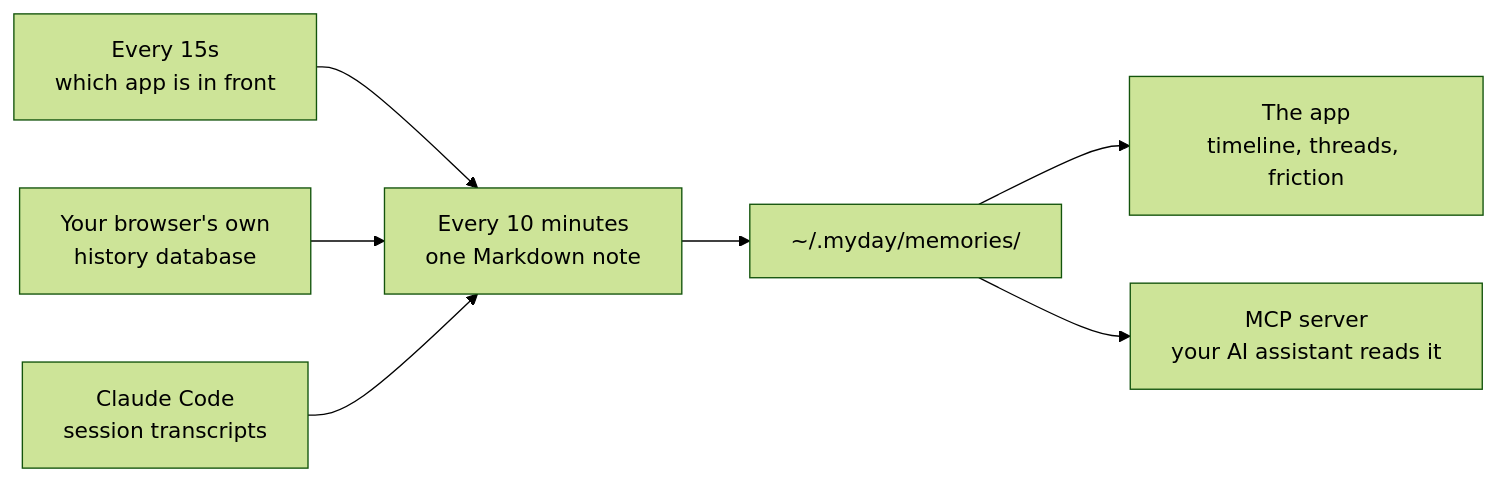
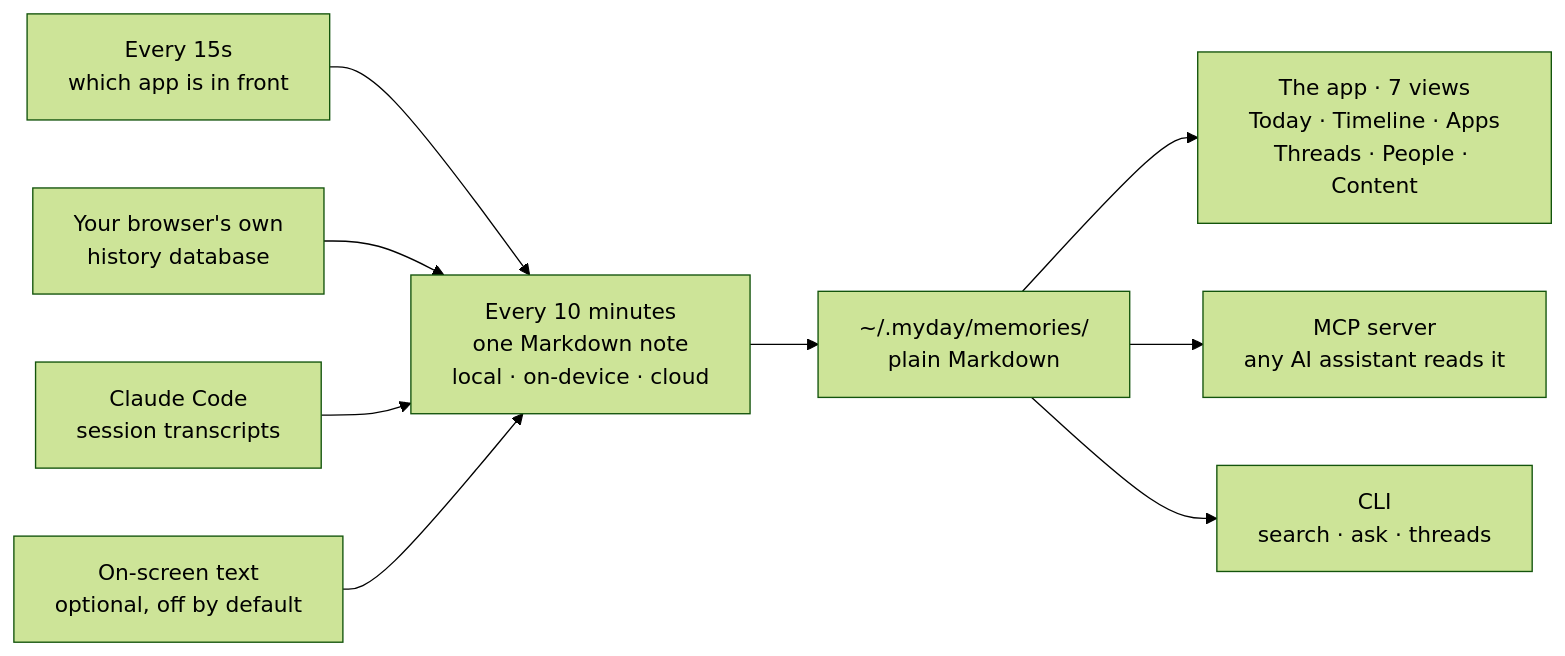
Before and after one commit to abhitsian/myday: the diagram in README.md, drawn with Mermaid (forest theme).

Commit message:
Update the How it works flowchart to the current pipeline
Was three sources, one note, and 'timeline, threads, friction'. Now four
sources including on-screen text, the summariser tiers on the note, the store as
plain Markdown, and three outputs: the app's seven views, the MCP server, and
the CLI.

````diff
--- a/README.md
+++ b/README.md
@@ -238,9 +238,11 @@
 ```mermaid
 flowchart LR
     A["Every 15s<br/>which app is in front"] --> D
     B["Your browser's own<br/>history database"] --> D
     C["Claude Code<br/>session transcripts"] --> D
-    D["Every 10 minutes<br/>one Markdown note"] --> E["~/.myday/memories/"]
-    E --> F["The app<br/>timeline, threads, friction"]
-    E --> G["MCP server<br/>your AI assistant reads it"]
+    H["On-screen text<br/>optional, off by default"] --> D
+    D["Every 10 minutes<br/>one Markdown note<br/>local · on-device · cloud"] --> E["~/.myday/memories/<br/>plain Markdown"]
+    E --> F["The app · 7 views<br/>Today · Timeline · Apps<br/>Threads · People · Content"]
+    E --> G["MCP server<br/>any AI assistant reads it"]
+    E --> I["CLI<br/>search · ask · threads"]
 ```
````
